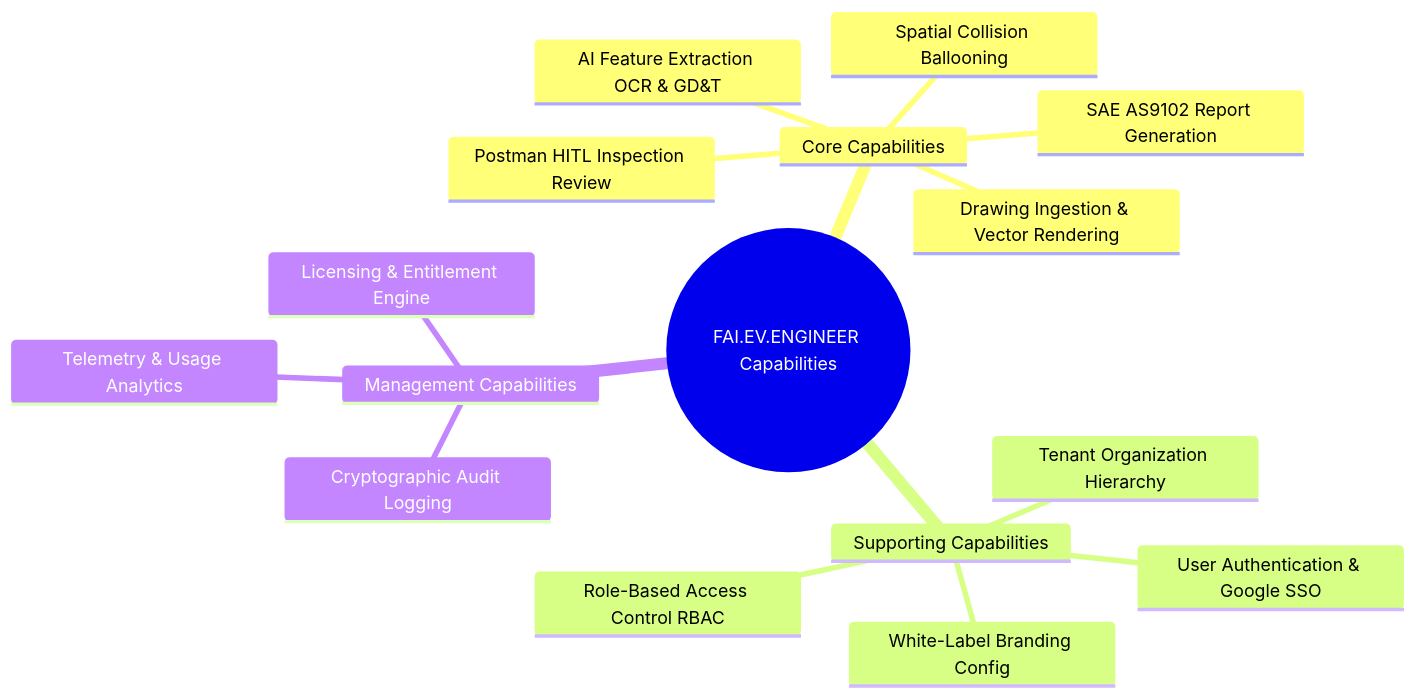
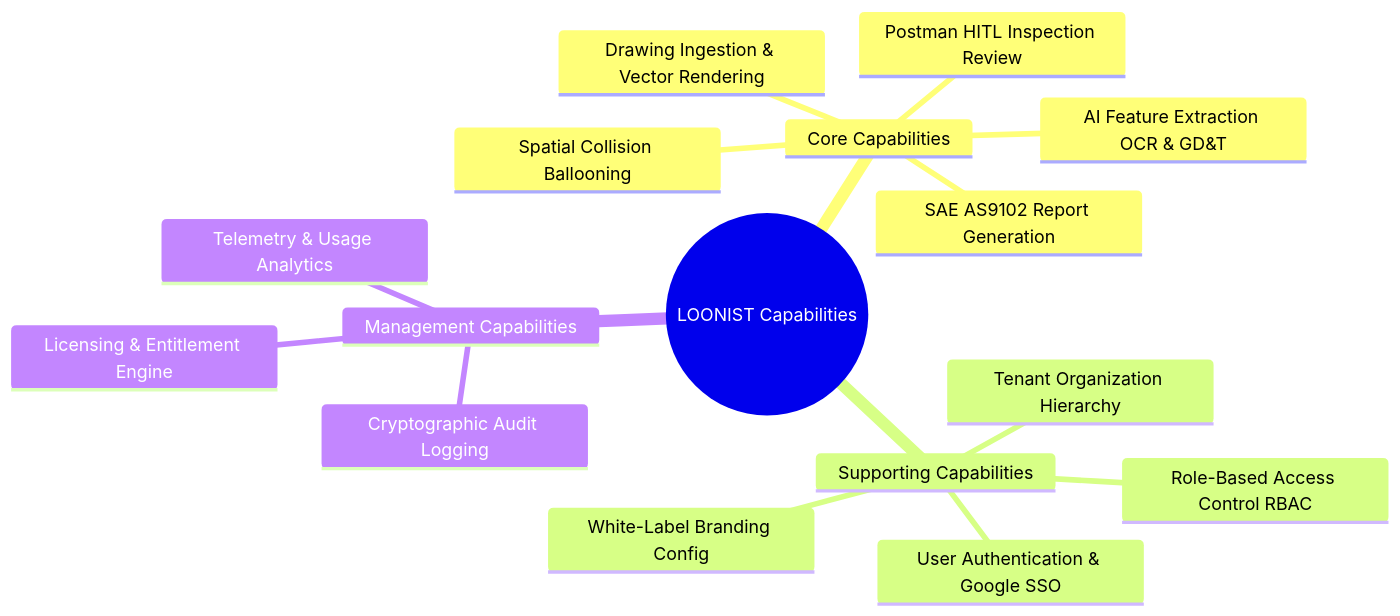
The first of 8 diagrams in Phase_1_Business_Domain_Analysis.md (LoonistApp/Loonist), drawn with Mermaid before and after one commit. The commit also changed other lines of this file, not shown here.

Commit message:
docs: update Phase 1 Business Domain Analysis for LOONIST architecture

````diff
--- a/Phase_1_Business_Domain_Analysis.md
+++ b/Phase_1_Business_Domain_Analysis.md
@@ -14,19 +14,19 @@
 ```mermaid
 mindmap
-  root((FAI.EV.ENGINEER Capabilities))
+  root((LOONIST Capabilities))
     Core Capabilities
       Drawing Ingestion & Vector Rendering
       AI Feature Extraction OCR & GD&T
       Spatial Collision Ballooning
       Postman HITL Inspection Review
       SAE AS9102 Report Generation
     Supporting Capabilities
       Tenant Organization Hierarchy
       User Authentication & Google SSO
       Role-Based Access Control RBAC
       White-Label Branding Config
     Management Capabilities
       Cryptographic Audit Logging
       Licensing & Entitlement Engine
       Telemetry & Usage Analytics
 ```
````
